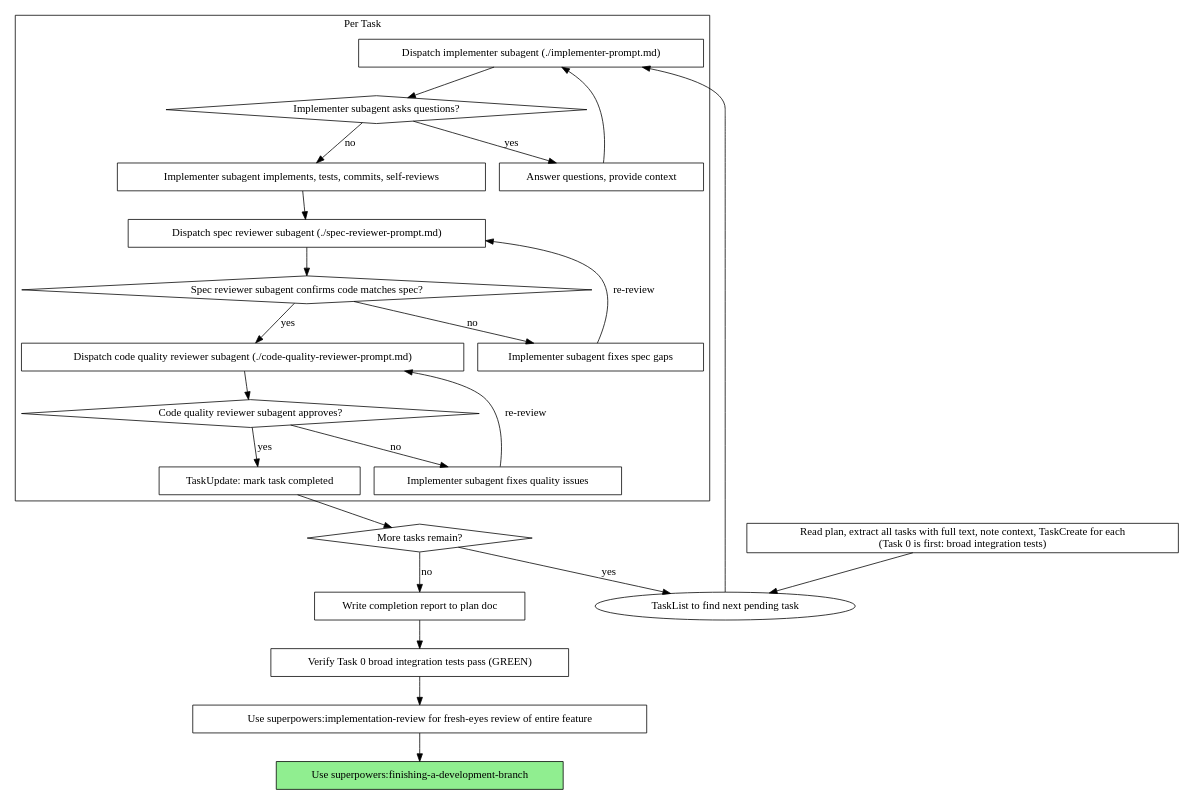
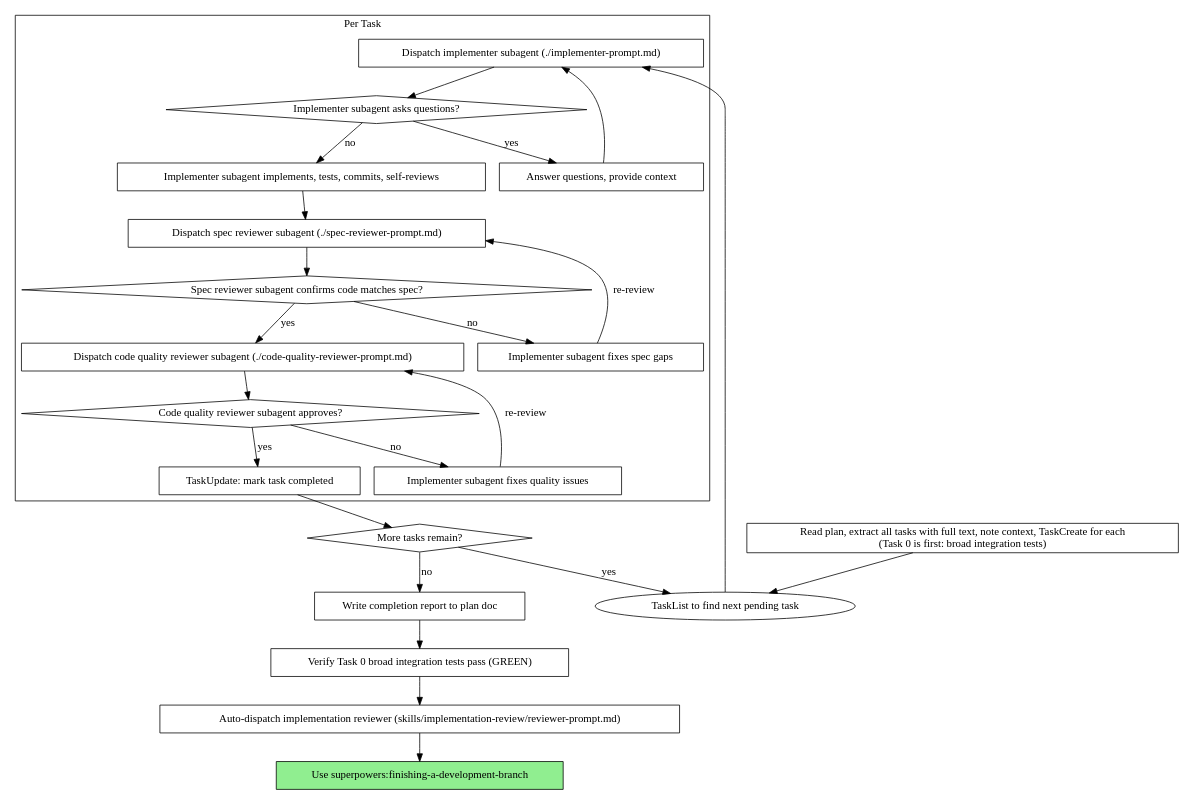
The second of 2 diagrams in skills/subagent-driven-development/SKILL.md (nikhilsitaram/superpowers), drawn with Graphviz before and after one commit. The commit also changed other lines of this file and 18 other files, not shown here.

````diff
--- a/skills/subagent-driven-development/SKILL.md
+++ b/skills/subagent-driven-development/SKILL.md
@@ -40,49 +30,49 @@
 ```dot
 digraph process {
     rankdir=TB;
 
     subgraph cluster_per_task {
         label="Per Task";
         "Dispatch implementer subagent (./implementer-prompt.md)" [shape=box];
         "Implementer subagent asks questions?" [shape=diamond];
         "Answer questions, provide context" [shape=box];
         "Implementer subagent implements, tests, commits, self-reviews" [shape=box];
         "Dispatch spec reviewer subagent (./spec-reviewer-prompt.md)" [shape=box];
         "Spec reviewer subagent confirms code matches spec?" [shape=diamond];
         "Implementer subagent fixes spec gaps" [shape=box];
         "Dispatch code quality reviewer subagent (./code-quality-reviewer-prompt.md)" [shape=box];
         "Code quality reviewer subagent approves?" [shape=diamond];
         "Implementer subagent fixes quality issues" [shape=box];
         "TaskUpdate: mark task completed" [shape=box];
     }
 
     "Read plan, extract all tasks with full text, note context, TaskCreate for each\n(Task 0 is first: broad integration tests)" [shape=box];
     "More tasks remain?" [shape=diamond];
     "Verify Task 0 broad integration tests pass (GREEN)" [shape=box];
-    "Use superpowers:implementation-review for fresh-eyes review of entire feature" [shape=box];
+    "Auto-dispatch implementation reviewer (skills/implementation-review/reviewer-prompt.md)" [shape=box];
     "Use superpowers:finishing-a-development-branch" [shape=box style=filled fillcolor=lightgreen];
 
     "Read plan, extract all tasks with full text, note context, TaskCreate for each\n(Task 0 is first: broad integration tests)" -> "TaskList to find next pending task";
     "TaskList to find next pending task" -> "Dispatch implementer subagent (./implementer-prompt.md)";
     "Dispatch implementer subagent (./implementer-prompt.md)" -> "Implementer subagent asks questions?";
     "Implementer subagent asks questions?" -> "Answer questions, provide context" [label="yes"];
     "Answer questions, provide context" -> "Dispatch implementer subagent (./implementer-prompt.md)";
     "Implementer subagent asks questions?" -> "Implementer subagent implements, tests, commits, self-reviews" [label="no"];
     "Implementer subagent implements, tests, commits, self-reviews" -> "Dispatch spec reviewer subagent (./spec-reviewer-prompt.md)";
     "Dispatch spec reviewer subagent (./spec-reviewer-prompt.md)" -> "Spec reviewer subagent confirms code matches spec?";
     "Spec reviewer subagent confirms code matches spec?" -> "Implementer subagent fixes spec gaps" [label="no"];
     "Implementer subagent fixes spec gaps" -> "Dispatch spec reviewer subagent (./spec-reviewer-prompt.md)" [label="re-review"];
     "Spec reviewer subagent confirms code matches spec?" -> "Dispatch code quality reviewer subagent (./code-quality-reviewer-prompt.md)" [label="yes"];
     "Dispatch code quality reviewer subagent (./code-quality-reviewer-prompt.md)" -> "Code quality reviewer subagent approves?";
     "Code quality reviewer subagent approves?" -> "Implementer subagent fixes quality issues" [label="no"];
     "Implementer subagent fixes quality issues" -> "Dispatch code quality reviewer subagent (./code-quality-reviewer-prompt.md)" [label="re-review"];
     "Code quality reviewer subagent approves?" -> "TaskUpdate: mark task completed" [label="yes"];
     "TaskUpdate: mark task completed" -> "More tasks remain?";
     "More tasks remain?" -> "TaskList to find next pending task" [label="yes"];
     "Write completion report to plan doc" [shape=box];
     "More tasks remain?" -> "Write completion report to plan doc" [label="no"];
     "Write completion report to plan doc" -> "Verify Task 0 broad integration tests pass (GREEN)";
-    "Verify Task 0 broad integration tests pass (GREEN)" -> "Use superpowers:implementation-review for fresh-eyes review of entire feature";
-    "Use superpowers:implementation-review for fresh-eyes review of entire feature" -> "Use superpowers:finishing-a-development-branch";
+    "Verify Task 0 broad integration tests pass (GREEN)" -> "Auto-dispatch implementation reviewer (skills/implementation-review/reviewer-prompt.md)";
+    "Auto-dispatch implementation reviewer (skills/implementation-review/reviewer-prompt.md)" -> "Use superpowers:finishing-a-development-branch";
 }
 ```
````
